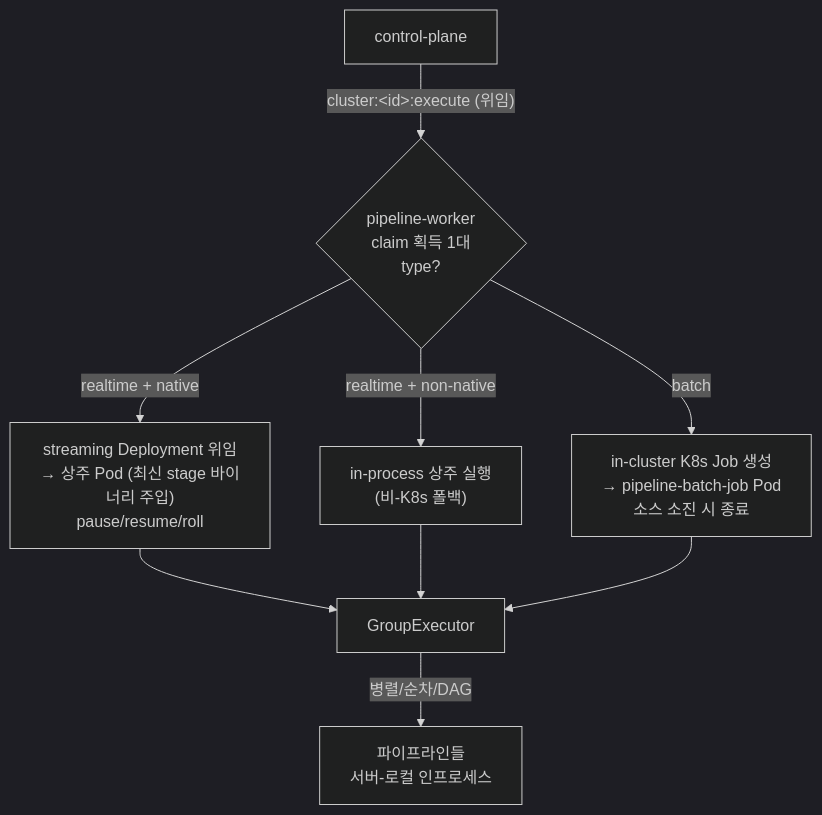
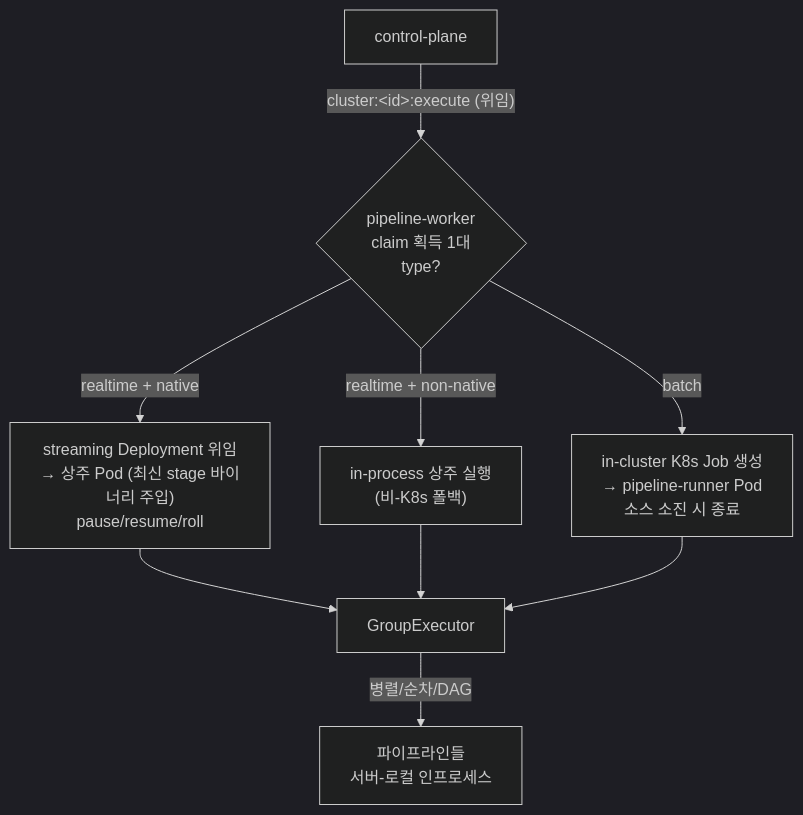
The fourth of 4 diagrams in docs/ARCHITECTURE.md (conduix/conduix), drawn with Mermaid (dark theme) before and after one commit. The commit also changed other lines of this file and 34 other files, not shown here.

First line of the commit message:
refactor!: pipeline-batch-job → pipeline-runner 리네이밍

````diff
--- a/docs/ARCHITECTURE.md
+++ b/docs/ARCHITECTURE.md
@@ -163,11 +163,11 @@
 ```mermaid
 flowchart TD
     CP[control-plane] -->|"cluster:&lt;id&gt;:execute (위임)"| W{pipeline-worker<br/>claim 획득 1대<br/>type?}
     W -->|realtime + native| SD["streaming Deployment 위임<br/>→ 상주 Pod (최신 stage 바이너리 주입)<br/>pause/resume/roll"]
     W -->|realtime + non-native| AG["in-process 상주 실행<br/>(비-K8s 폴백)"]
-    W -->|batch| KJ["in-cluster K8s Job 생성<br/>→ pipeline-batch-job Pod<br/>소스 소진 시 종료"]
+    W -->|batch| KJ["in-cluster K8s Job 생성<br/>→ pipeline-runner Pod<br/>소스 소진 시 종료"]
     SD --> GE[GroupExecutor]
     AG --> GE
     KJ --> GE
     GE -->|병렬/순차/DAG| PIPE[파이프라인들<br/>서버-로컬 인프로세스]
 ```
````
